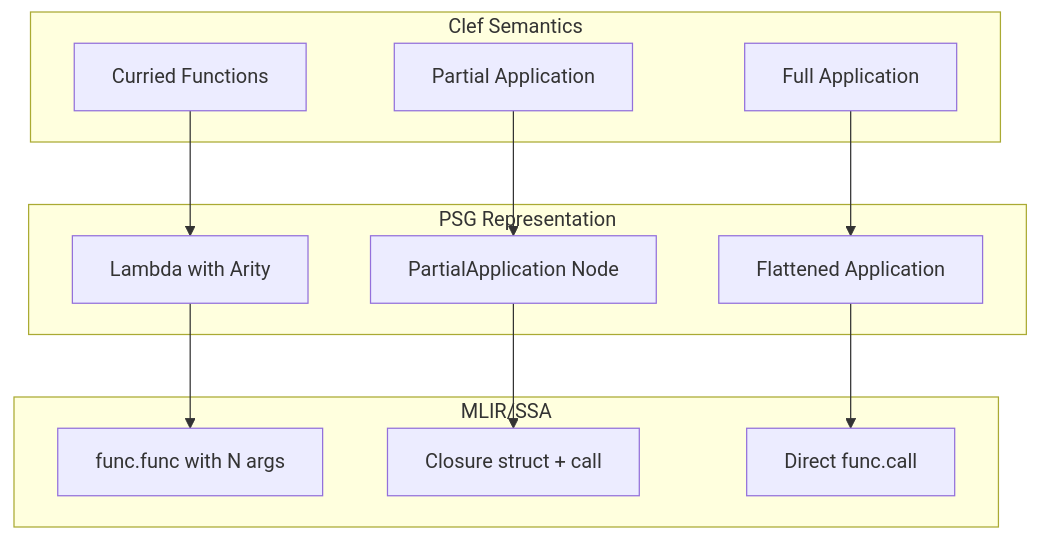
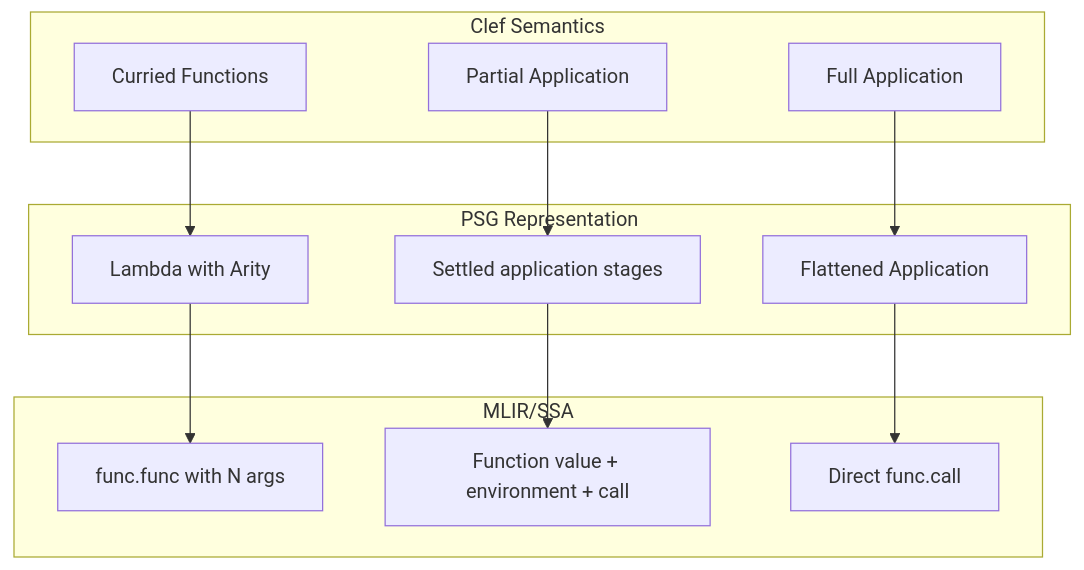
One commit to FidelityFramework/clef-lang-site changed the second of 2 diagrams in hugo/content/docs/design/structure-and-performance/arity-on-the-side-of-caution.md. Above: the diagram before and after it, drawn with Mermaid. The commit also changed other lines of this file and 10 other files, not shown here.

````diff
--- a/hugo/content/docs/design/structure-and-performance/arity-on-the-side-of-caution.md
+++ b/hugo/content/docs/design/structure-and-performance/arity-on-the-side-of-caution.md
@@ -208,24 +185,24 @@
 ```mermaid
 flowchart TD
     subgraph "Clef Semantics"
         A[Curried Functions]
         B[Partial Application]
         C[Full Application]
     end
 
     subgraph "PSG Representation"
         D[Lambda with Arity]
-        E[PartialApplication Node]
+        E[Settled application stages]
         F[Flattened Application]
     end
 
     subgraph "MLIR/SSA"
         G[func.func with N args]
-        H[Closure struct + call]
+        H[Function value + environment + call]
         I[Direct func.call]
     end
 
     A --> D --> G
     B --> E --> H
     C --> F --> I
 ```
````
